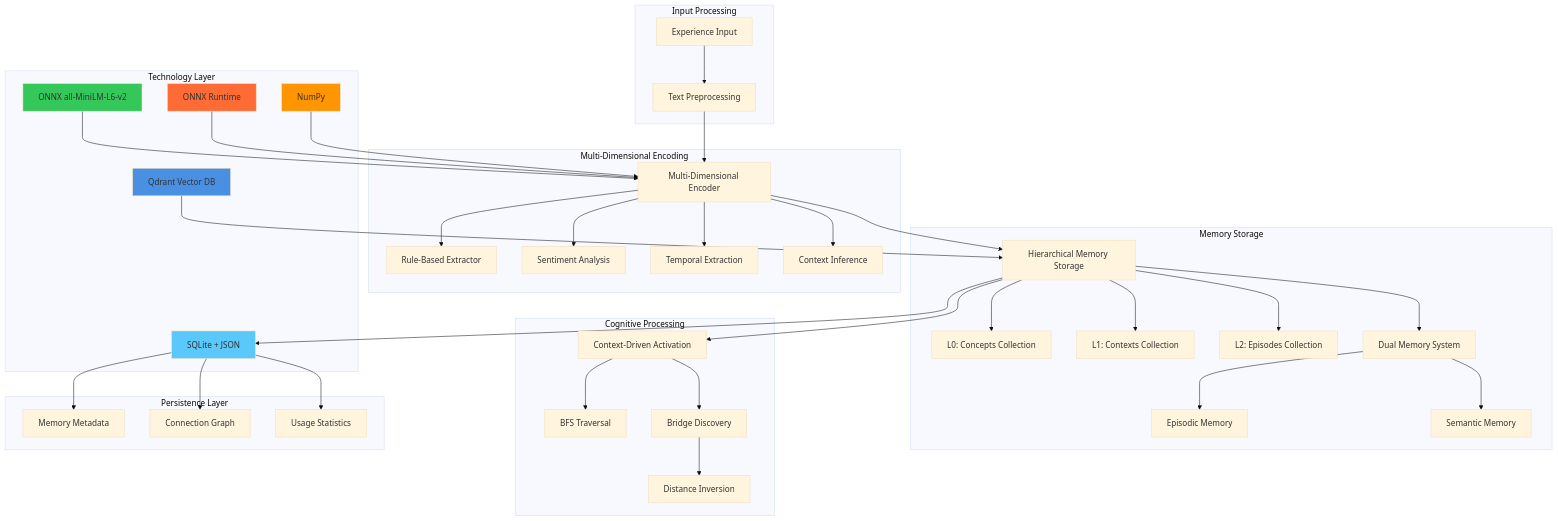
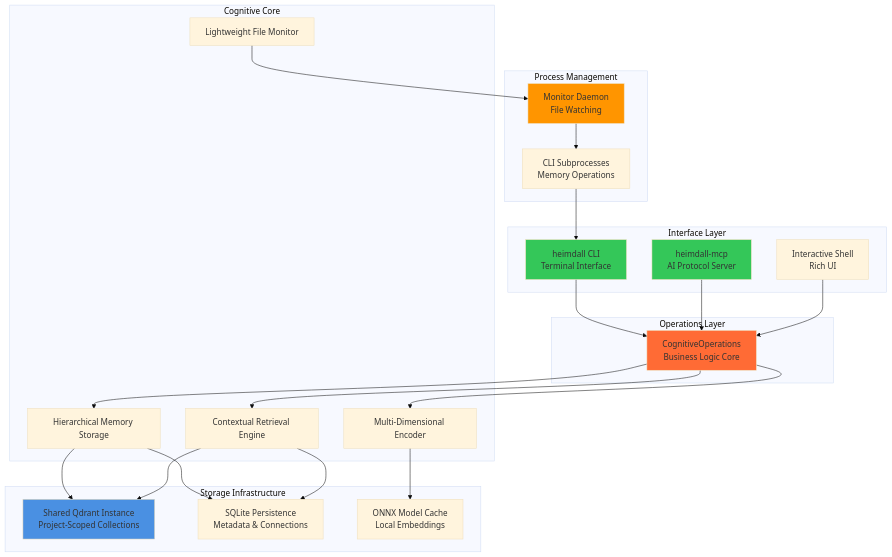
Before and after one commit to murdrae/heimdall-mcp-server: the first of 2 diagrams in docs/arch-docs/architecture-technical-specification.md, drawn with Mermaid (base theme). The commit also changed other lines of this file and 25 other files, not shown here.

````diff
--- a/docs/arch-docs/architecture-technical-specification.md
+++ b/docs/arch-docs/architecture-technical-specification.md
@@ -41,82 +44,54 @@
 ```mermaid
 graph TB
-    subgraph "Technology Layer"
-        ONNX[ONNX Runtime]
-        NUMPY[NumPy]
-        QDRANT[Qdrant Vector DB]
-        SQLITE[SQLite + JSON]
-        ONNXMODEL[ONNX all-MiniLM-L6-v2]
+    subgraph "Interface Layer"
+        CLI[heimdall CLI<br/>Terminal Interface]
+        MCP[heimdall-mcp<br/>AI Protocol Server]
+        SHELL[Interactive Shell<br/>Rich UI]
     end
 
-    subgraph "Input Processing"
-        EXP[Experience Input]
-        TXT[Text Preprocessing]
+    subgraph "Operations Layer"
+        OPS[CognitiveOperations<br/>Business Logic Core]
     end
 
-    subgraph "Multi-Dimensional Encoding"
-        MDE[Multi-Dimensional Encoder]
-        RBE[Rule-Based Extractor]
-        SEN[Sentiment Analysis]
-        TEM[Temporal Extraction]
-        CON[Context Inference]
+    subgraph "Cognitive Core"
+        ENCODER[Multi-Dimensional Encoder]
+        STORAGE[Hierarchical Memory Storage]
+        RETRIEVAL[Contextual Retrieval Engine]
+        MONITOR[Lightweight File Monitor]
     end
 
-    subgraph "Memory Storage"
-        HMS[Hierarchical Memory Storage]
-        L0[L0: Concepts Collection]
-        L1[L1: Contexts Collection]
-        L2[L2: Episodes Collection]
-        DMS[Dual Memory System]
-        EPI[Episodic Memory]
-        SEM[Semantic Memory]
+    subgraph "Storage Infrastructure"
+        QDRANT[Shared Qdrant Instance<br/>Project-Scoped Collections]
+        SQLITE[SQLite Persistence<br/>Metadata & Connections]
+        MODELS[ONNX Model Cache<br/>Local Embeddings]
     end
 
-    subgraph "Cognitive Processing"
-        CAE[Context-Driven Activation]
-        BFS[BFS Traversal]
-        BDM[Bridge Discovery]
-        INV[Distance Inversion]
+    subgraph "Process Management"
+        DAEMON[Monitor Daemon<br/>File Watching]
+        SUBPROCESS[CLI Subprocesses<br/>Memory Operations]
     end
 
-    subgraph "Persistence Layer"
-        META[Memory Metadata]
-        CONN[Connection Graph]
-        STATS[Usage Statistics]
-    end
+    CLI --> OPS
+    MCP --> OPS
+    SHELL --> OPS
 
-    EXP --> TXT
-    TXT --> MDE
-    MDE --> RBE
-    MDE --> SEN
-    MDE --> TEM
-    MDE --> CON
+    OPS --> ENCODER
+    OPS --> STORAGE
+    OPS --> RETRIEVAL
 
-    MDE --> HMS
-    HMS --> L0
-    HMS --> L1
-    HMS --> L2
-    HMS --> DMS
-    DMS --> EPI
-    DMS --> SEM
+    ENCODER --> MODELS
+    STORAGE --> QDRANT
+    STORAGE --> SQLITE
+    RETRIEVAL --> QDRANT
+    RETRIEVAL --> SQLITE
 
-    HMS --> CAE
-    CAE --> BFS
-    CAE --> BDM
-    BDM --> INV
+    MONITOR --> DAEMON
+    DAEMON --> SUBPROCESS
+    SUBPROCESS --> CLI
 
-    HMS --> SQLITE
-    SQLITE --> META
-    SQLITE --> CONN
-    SQLITE --> STATS
-
-    ONNXMODEL --> MDE
-    ONNX --> MDE
-    NUMPY --> MDE
-    QDRANT --> HMS
-
-    style ONNX fill:#ff6b35
-    style NUMPY fill:#ff9500
+    style OPS fill:#ff6b35
     style QDRANT fill:#4a90e2
-    style SQLITE fill:#5ac8fa
-    style ONNXMODEL fill:#34c759
+    style CLI fill:#34c759
+    style MCP fill:#34c759
+    style DAEMON fill:#ff9500
 ```
````
